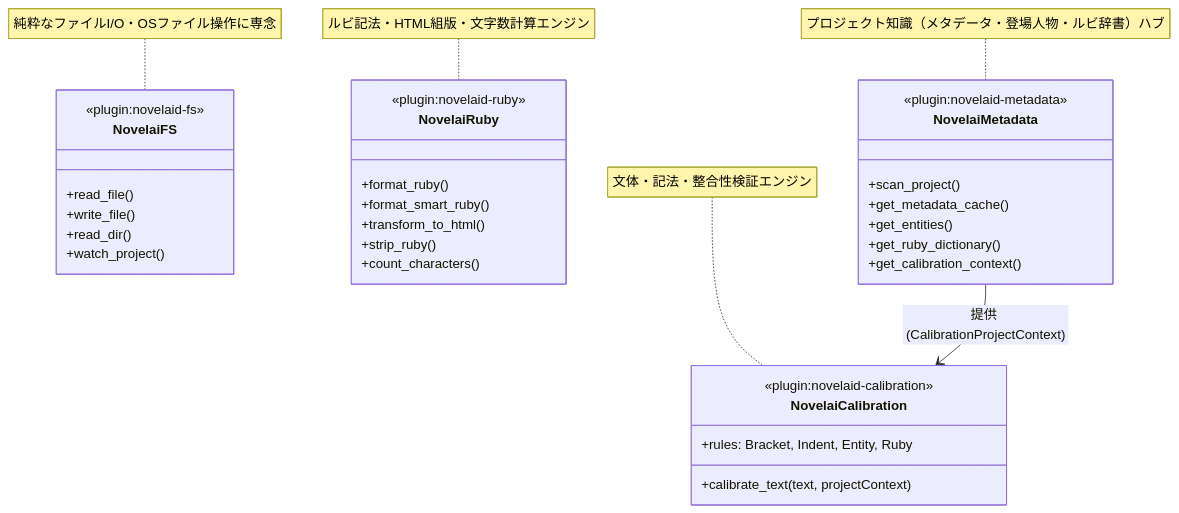
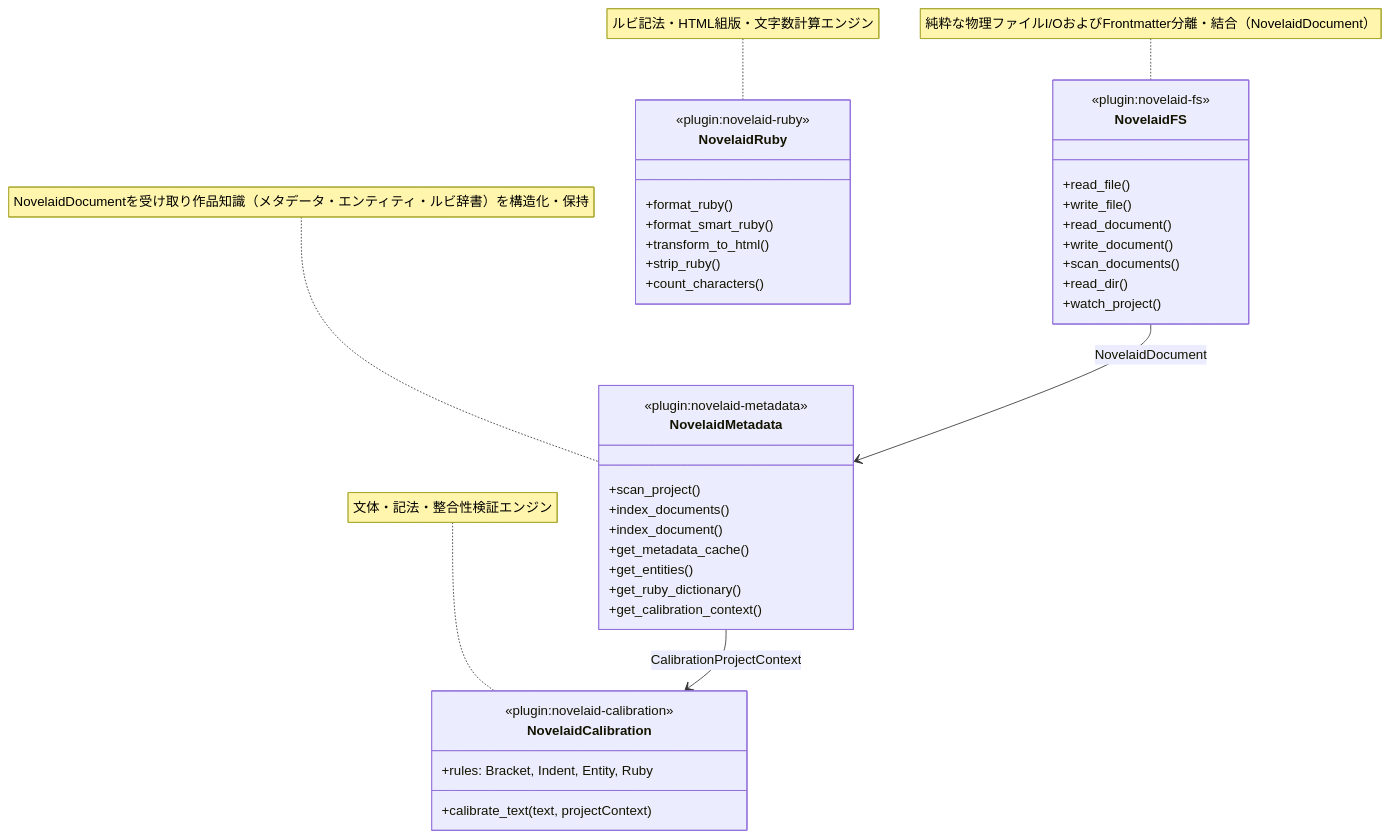
One commit to mituha/novelaide changed the second of 2 diagrams in docs/dev/統合メタデータプラグイン仕様.md. Above: the diagram before and after it, drawn with Mermaid. The commit also changed other lines of this file and 46 other files, not shown here.

Commit message:
refactor(metadata): novelaid-fsとnovelaid-metadataの責務分離（frontmatter.rs廃止、NovelaidDocument受信型への刷新）

````diff
--- a/docs/dev/統合メタデータプラグイン仕様.md
+++ b/docs/dev/統合メタデータプラグイン仕様.md
@@ -214,40 +194,46 @@
 ```mermaid
 classDiagram
-    class NovelaiFS {
+    class NovelaidFS {
         <<plugin:novelaid-fs>>
         +read_file()
         +write_file()
+        +read_document()
+        +write_document()
+        +scan_documents()
         +read_dir()
         +watch_project()
     }
-    note for NovelaiFS "純粋なファイルI/O・OSファイル操作に専念"
+    note for NovelaidFS "純粋な物理ファイルI/OおよびFrontmatter分離・結合（NovelaidDocument）"
 
-    class NovelaiRuby {
+    class NovelaidRuby {
         <<plugin:novelaid-ruby>>
         +format_ruby()
         +format_smart_ruby()
         +transform_to_html()
         +strip_ruby()
         +count_characters()
     }
-    note for NovelaiRuby "ルビ記法・HTML組版・文字数計算エンジン"
+    note for NovelaidRuby "ルビ記法・HTML組版・文字数計算エンジン"
 
-    class NovelaiMetadata {
+    class NovelaidMetadata {
         <<plugin:novelaid-metadata>>
         +scan_project()
+        +index_documents()
+        +index_document()
         +get_metadata_cache()
         +get_entities()
         +get_ruby_dictionary()
         +get_calibration_context()
     }
-    note for NovelaiMetadata "プロジェクト知識（メタデータ・登場人物・ルビ辞書）ハブ"
+    note for NovelaidMetadata "NovelaidDocumentを受け取り作品知識（メタデータ・エンティティ・ルビ辞書）を構造化・保持"
 
-    class NovelaiCalibration {
+    class NovelaidCalibration {
         <<plugin:novelaid-calibration>>
         +calibrate_text(text, projectContext)
         +rules: Bracket, Indent, Entity, Ruby
     }
-    note for NovelaiCalibration "文体・記法・整合性検証エンジン"
+    note for NovelaidCalibration "文体・記法・整合性検証エンジン"
 
-    NovelaiMetadata --> NovelaiCalibration : 提供 (CalibrationProjectContext)
+    NovelaidFS --> NovelaidMetadata : NovelaidDocument
+    NovelaidMetadata --> NovelaidCalibration : CalibrationProjectContext
 ```
````
